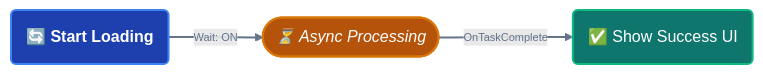
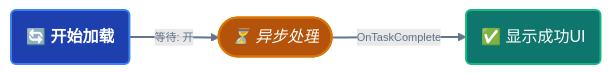
The fourth of 6 diagrams in i18n/zh/docusaurus-plugin-content-docs/current/game-event-system/flow-graph/game-event-node-behavior.md (tinygiants-tech/TinyGiants), drawn with Mermaid before and after one commit. The commit also changed other lines of this file and 4 other files, not shown here.

Commit message:
修复文档页图像高亮的样式丢失问题

````diff
--- a/i18n/zh/docusaurus-plugin-content-docs/current/game-event-system/flow-graph/game-event-node-behavior.md
+++ b/i18n/zh/docusaurus-plugin-content-docs/current/game-event-system/flow-graph/game-event-node-behavior.md
@@ -454,24 +441,24 @@
 ```mermaid
 graph LR
     %% 节点定义
-    A("🔄 Start Loading"):::event
-    B(["⏳ Async Processing"]):::wait
-    C("✅ Show Success UI"):::action
+    A("🔄 开始加载"):::event
+    B(["⏳ 异步处理"]):::wait
+    C("✅ 显示成功UI"):::action
 
     %% 逻辑路径
-    A ==>|Wait: ON| B
+    A ==>|等待: 开| B
     B -- "OnTaskComplete" --> C
 
     %% --- 样式定义 (保持实心质感 & 适配黑白主题) ---
     %% Event: 深蓝色实心 + 亮蓝边框
     classDef event fill:#1e40af,stroke:#3b82f6,stroke-width:2px,color:#ffffff,font-weight:bold
     
-    %% Wait: 琥珀色实心胶囊。用颜色暗示这是一个“中间状态”
+    %% Wait: 琥珀色实心胶囊。用颜色暗示这是一个"中间状态"
     classDef wait fill:#b45309,stroke:#d97706,stroke-width:2px,color:#ffffff,font-style:italic
     
     %% Action: 深绿色实心 + 亮绿边框
     classDef action fill:#0f766e,stroke:#10b981,stroke-width:2px,color:#ffffff
 
     %% 全局连线：中性灰色，在黑白背景下表现稳定
     linkStyle default stroke:#64748b,stroke-width:2px,color:#64748b,font-size:11px
 ```
````
